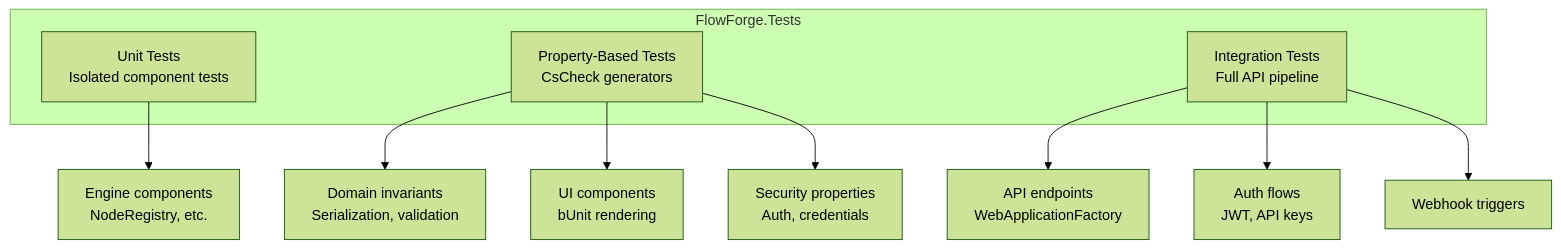
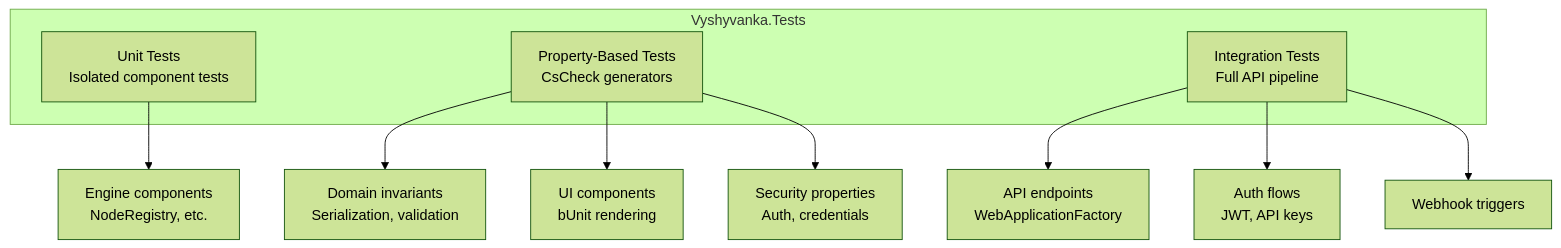
One commit to homolibere/Vyshyvanka changed the second of 2 diagrams in docs/10-observability-and-testing.md. Above: the diagram before and after it, drawn with Mermaid (forest theme). The commit also changed other lines of this file and 825 other files, not shown here.

Commit message:
chore: rebrand FlowForge to Vyshyvanka across codebase

````diff
--- a/docs/10-observability-and-testing.md
+++ b/docs/10-observability-and-testing.md
@@ -62,16 +62,16 @@
 ```mermaid
 graph TD
-    subgraph "FlowForge.Tests"
+    subgraph "Vyshyvanka.Tests"
         Unit["Unit Tests<br/>Isolated component tests"]
         Property["Property-Based Tests<br/>CsCheck generators"]
         Integration["Integration Tests<br/>Full API pipeline"]
     end
 
     Unit --> Engine["Engine components<br/>NodeRegistry, etc."]
     Property --> Core["Domain invariants<br/>Serialization, validation"]
     Property --> Designer["UI components<br/>bUnit rendering"]
     Property --> Security["Security properties<br/>Auth, credentials"]
     Integration --> API["API endpoints<br/>WebApplicationFactory"]
     Integration --> Auth["Auth flows<br/>JWT, API keys"]
     Integration --> Webhooks["Webhook triggers"]
 ```
````
